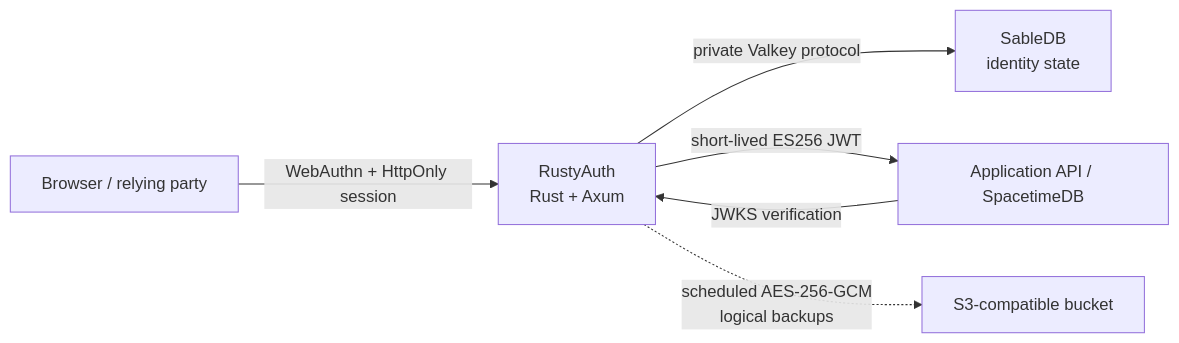
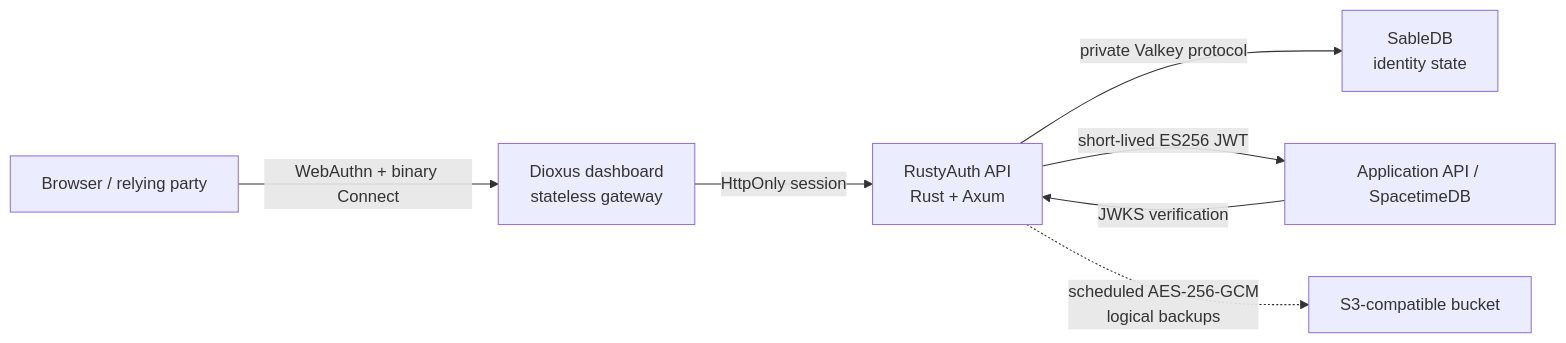
One commit to rusty-auth/rustyauth changed the diagram in README.md. Above: the diagram before and after it, drawn with Mermaid. The commit also changed other lines of this file and 53 other files, not shown here.

````diff
--- a/README.md
+++ b/README.md
@@ -74,8 +73,9 @@
 ```mermaid
 flowchart LR
-    Browser["Browser / relying party"] -->|"WebAuthn + HttpOnly session"| Auth["RustyAuth\nRust + Axum"]
+    Browser["Browser / relying party"] -->|"WebAuthn + binary Connect"| Dashboard["Dioxus dashboard\nstateless gateway"]
+    Dashboard -->|"HttpOnly session"| Auth["RustyAuth API\nRust + Axum"]
     Auth -->|"private Valkey protocol"| Sable["SableDB\nidentity state"]
     Auth -->|"short-lived ES256 JWT"| API["Application API / SpacetimeDB"]
     API -->|"JWKS verification"| Auth
     Auth -.->|"scheduled AES-256-GCM\nlogical backups"| Bucket["S3-compatible bucket"]
 ```
````
